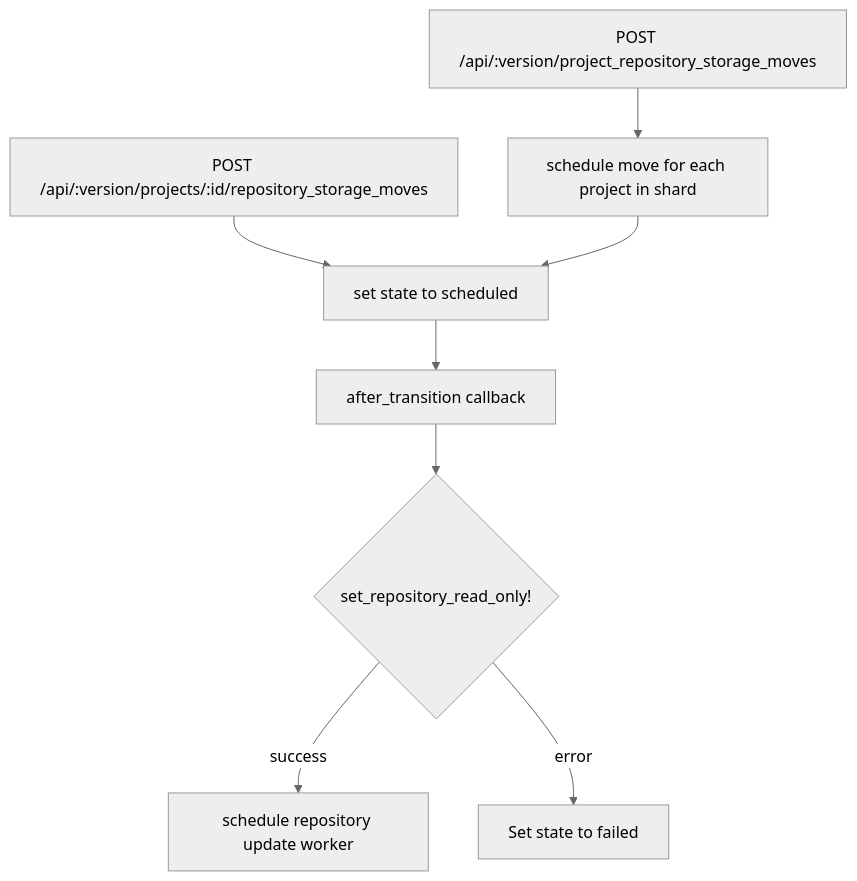
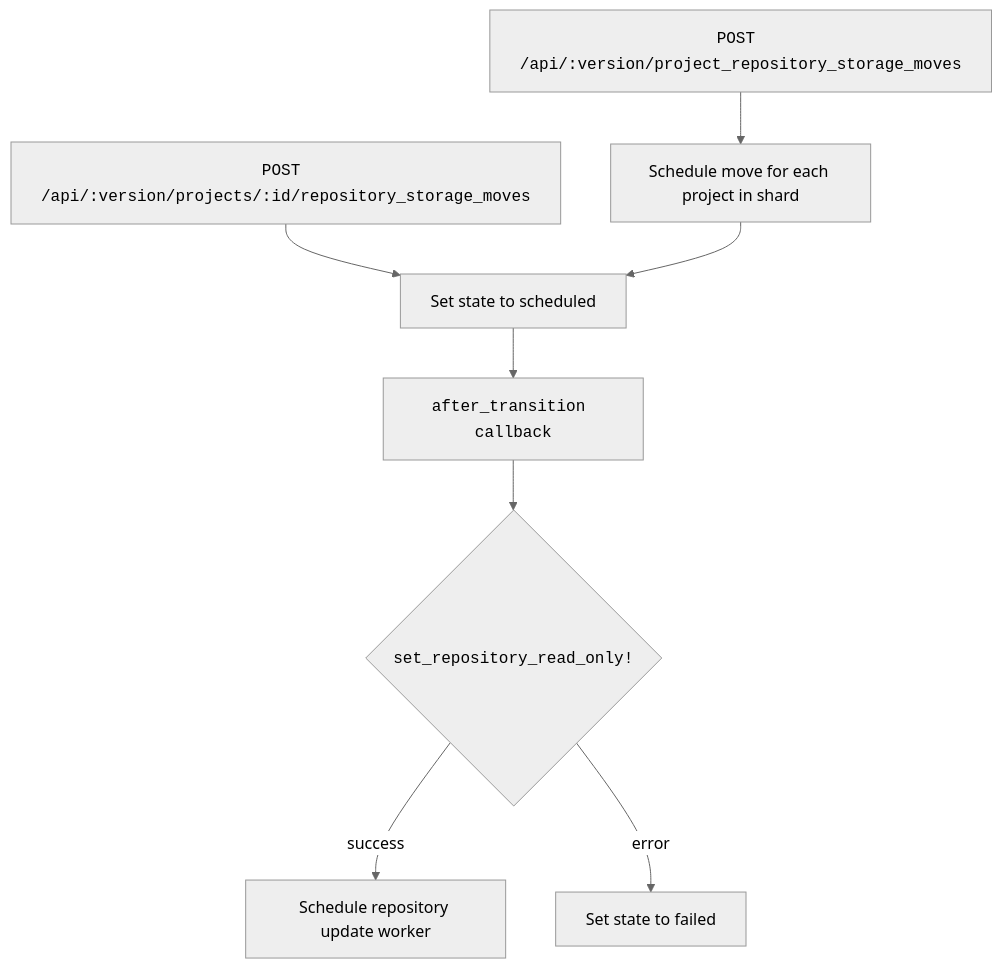
Before and after one commit to ashierj/superdemo: the first of 2 diagrams in doc/development/repository_storage_moves/index.md, drawn with Mermaid (neutral theme). The commit also changed other lines of this file, not shown here.

First line of the commit message:
Capitalization and code tags

````diff
--- a/doc/development/repository_storage_moves/index.md
+++ b/doc/development/repository_storage_moves/index.md
@@ -74,10 +74,10 @@
 ```mermaid
 graph TD
-  A[POST /api/:version/project_repository_storage_moves] --> C
-  B[POST /api/:version/projects/:id/repository_storage_moves] --> D
-  C[schedule move for each project in shard] --> D[set state to scheduled]
-  D --> E[after_transition callback]
-  E --> F{set_repository_read_only!}
-  F -->|success| H[schedule repository update worker]
+  A[<code>POST /api/:version/project_repository_storage_moves</code>] --> C
+  B[<code>POST /api/:version/projects/:id/repository_storage_moves</code>] --> D
+  C[Schedule move for each project in shard] --> D[Set state to scheduled]
+  D --> E[<code>after_transition callback</code>]
+  E --> F{<code>set_repository_read_only!</code>}
+  F -->|success| H[Schedule repository update worker]
   F -->|error| G[Set state to failed]
 ```
````
